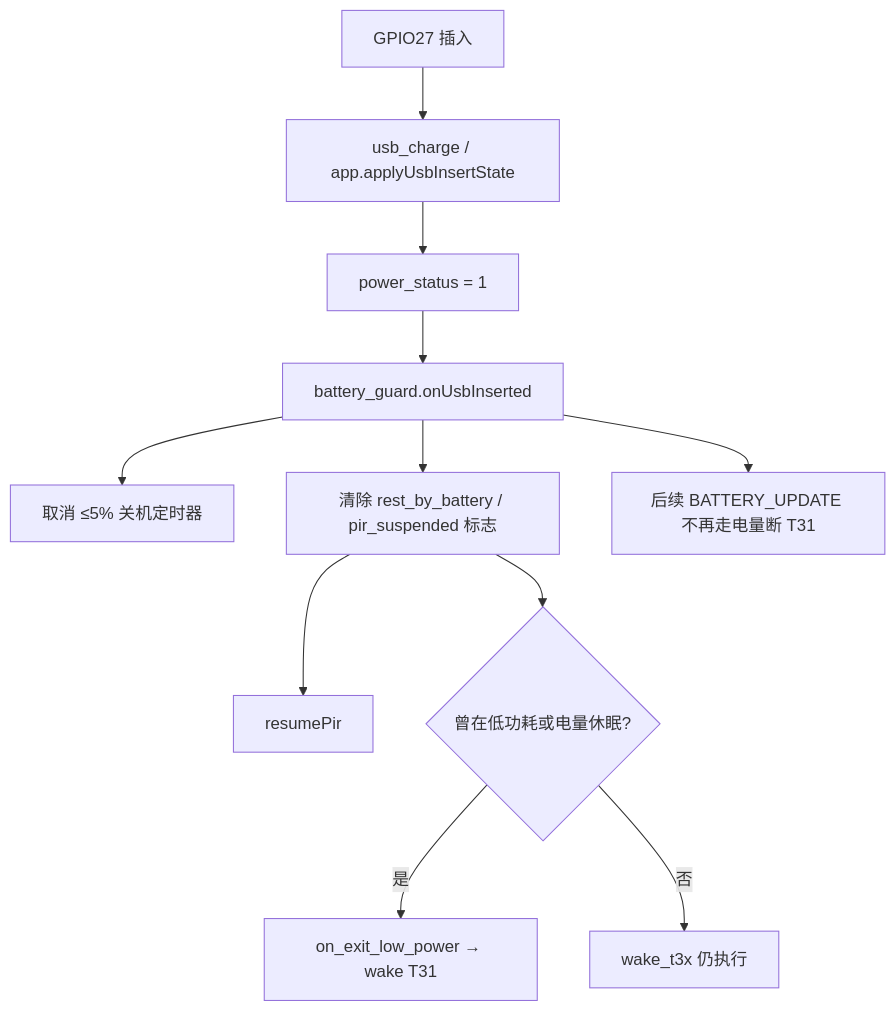
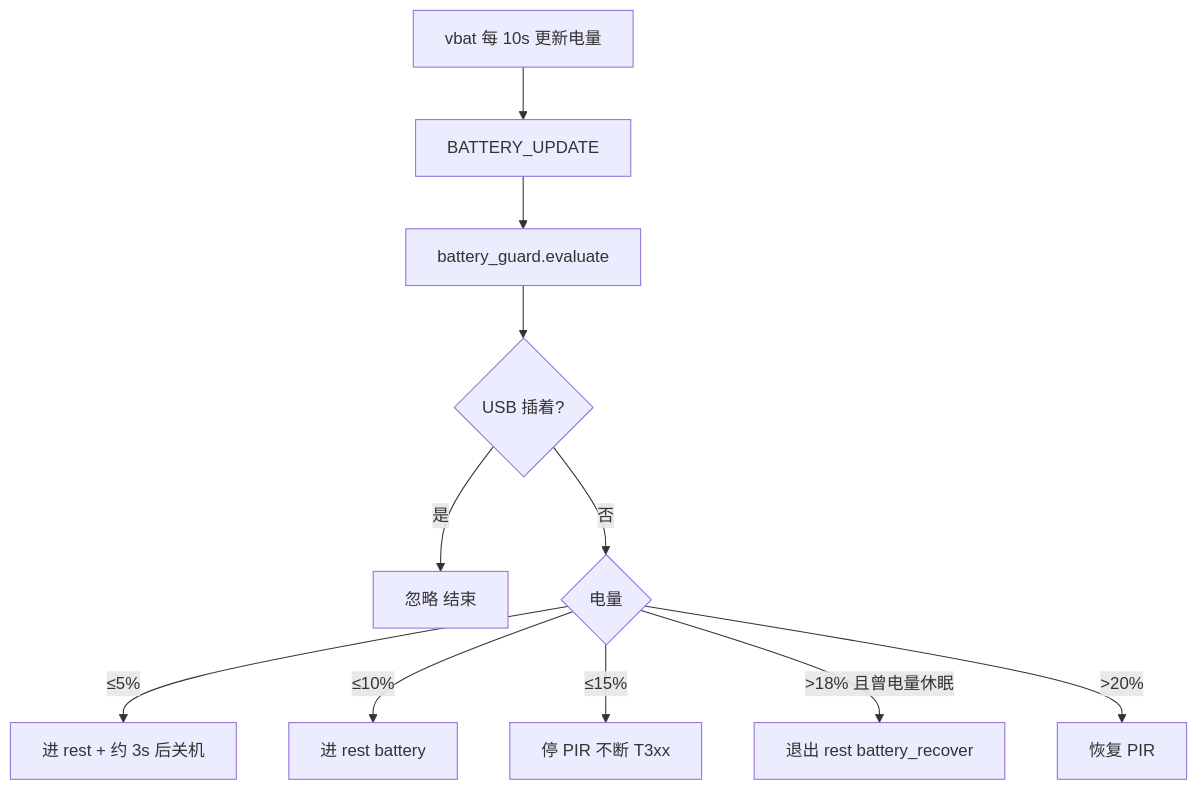
Before and after one commit to dzr1986/AIR780EHM: the fourth of 5 diagrams in doc/LOW_BATTERY_AND_LOW_POWER.md, drawn with Mermaid. The commit also changed other lines of this file and 107 other files, not shown here.

First line of the commit message:
Release v20260607: T3x naming, USB/T3x low-power mutual exclusion, T3X docs and T31 redirect stubs.

````diff
--- a/doc/LOW_BATTERY_AND_LOW_POWER.md
+++ b/doc/LOW_BATTERY_AND_LOW_POWER.md
@@ -370,13 +123,13 @@
 ```mermaid
 flowchart TD
-    A[GPIO27 插入] --> B[usb_charge / app.applyUsbInsertState]
-    B --> C[power_status = 1]
-    C --> D[battery_guard.onUsbInserted]
-    D --> E[取消 ≤5% 关机定时器]
-    D --> F[清除 rest_by_battery / pir_suspended 标志]
-    F --> G[resumePir]
-    F --> H{曾在低功耗或电量休眠?}
-    H -->|是| I[on_exit_low_power → wake T31]
-    H -->|否| J[wake_t3x 仍执行]
-    D --> K[后续 BATTERY_UPDATE 不再走电量断 T31]
+    A[vbat 每 10s 更新电量] --> B[BATTERY_UPDATE]
+    B --> C[battery_guard.evaluate]
+    C --> D{USB 插着?}
+    D -->|是| Z[忽略 结束]
+    D -->|否| E{电量}
+    E -->|≤5%| F[进 rest + 约 3s 后关机]
+    E -->|≤10%| G[进 rest battery]
+    E -->|≤15%| H[停 PIR 不断 T3xx]
+    E -->|>18% 且曾电量休眠| I[退出 rest battery_recover]
+    E -->|>20%| J[恢复 PIR]
 ```
````
